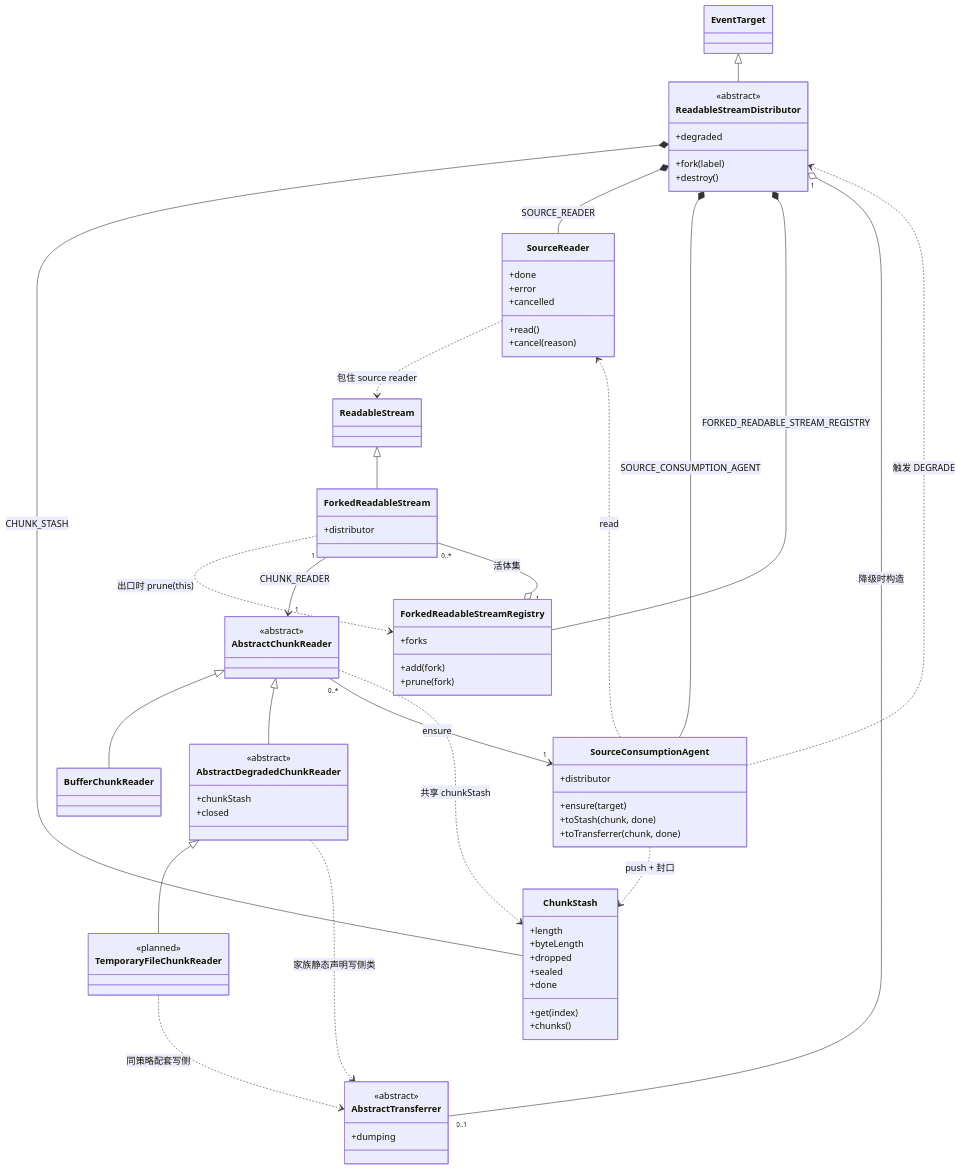
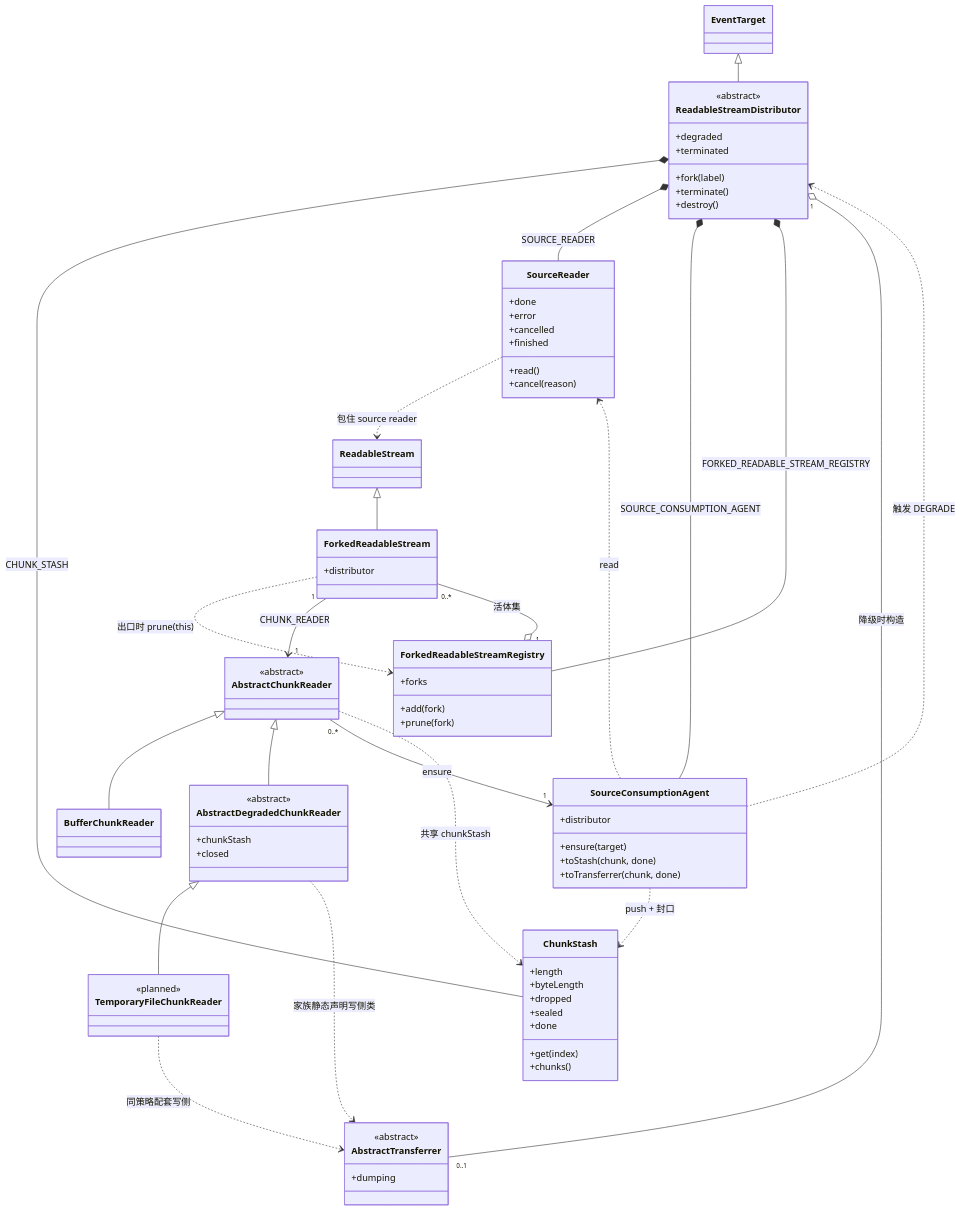
One commit to produck/node-readable-stream-distributor changed the second of 6 diagrams in DESIGN.md. Above: the diagram before and after it, drawn with Mermaid. The commit also changed other lines of this file and 9 other files, not shown here.

```diff
--- a/DESIGN.md
+++ b/DESIGN.md
@@ -137,7 +139,9 @@
     class ReadableStreamDistributor {
         <<abstract>>
         +degraded
+        +terminated
         +fork(label)
+        +terminate()
         +destroy()
     }
 
@@ -155,6 +159,7 @@
         +done
         +error
         +cancelled
+        +finished
         +read()
         +cancel(reason)
     }
```
